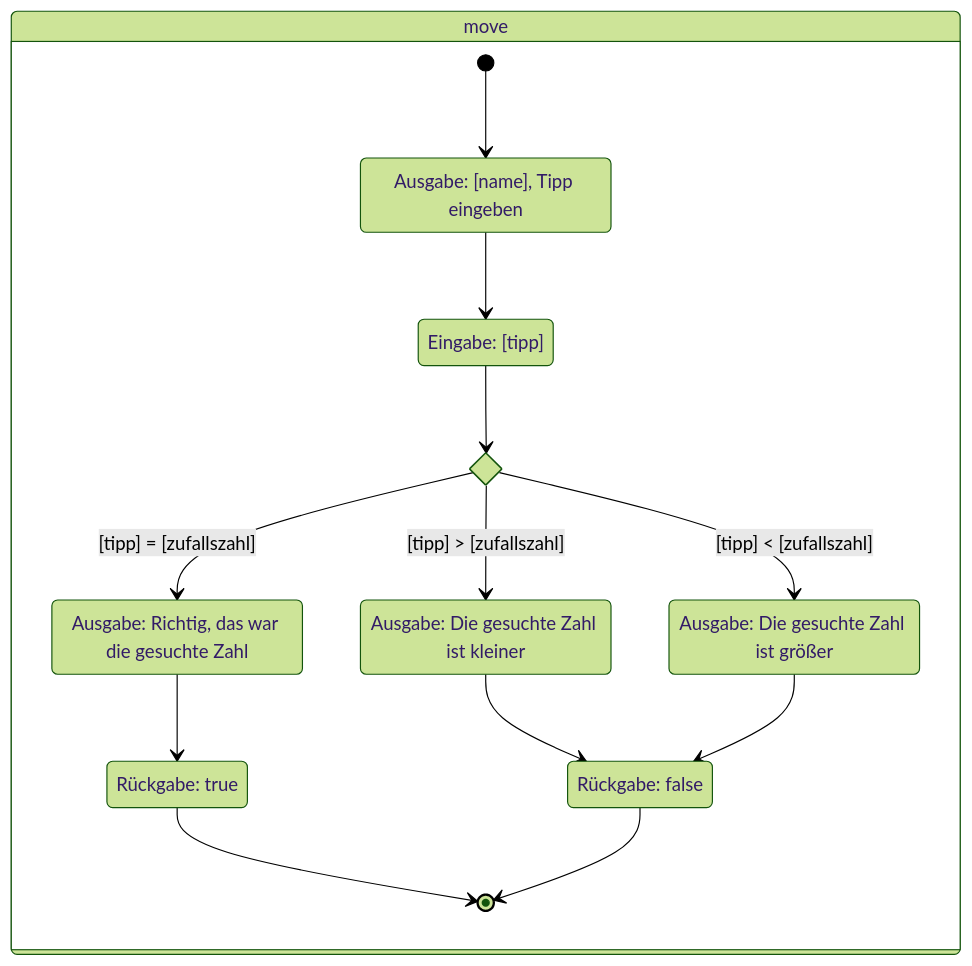
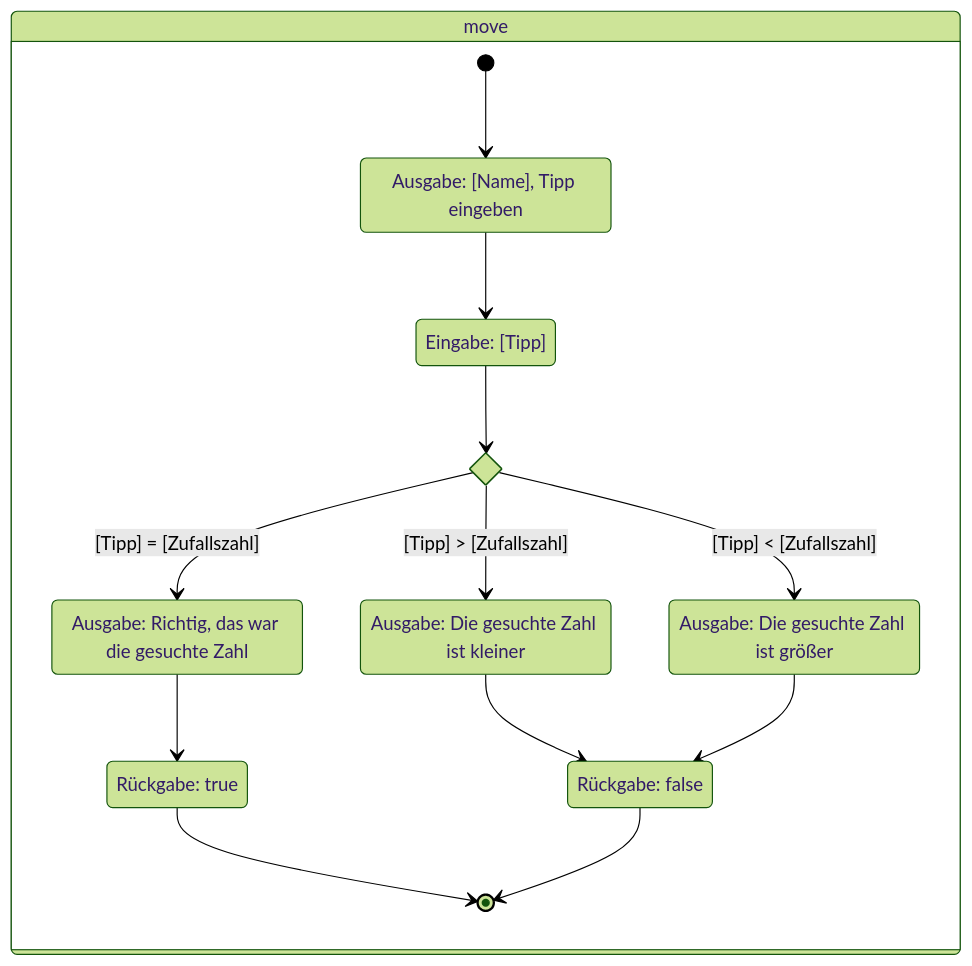
The fourth of 4 diagrams in docs/exercises/uml/activity-diagrams01.md (jappuccini/java-docs), drawn with Mermaid (forest theme) before and after one commit. The commit also changed other lines of this file, not shown here.

````diff
--- a/docs/exercises/uml/activity-diagrams01.md
+++ b/docs/exercises/uml/activity-diagrams01.md
@@ -63,25 +65,25 @@
 ```mermaid
 stateDiagram-v2
-    state "Ausgabe: [name], Tipp eingeben" as state1
-    state "Eingabe: [tipp]" as state2
+    state "Ausgabe: [Name], Tipp eingeben" as state1
+    state "Eingabe: [Tipp]" as state2
     state "Ausgabe: Richtig, das war die gesuchte Zahl" as state3
     state "Rückgabe: true" as state4
     state "Ausgabe: Die gesuchte Zahl ist kleiner" as state5
     state "Ausgabe: Die gesuchte Zahl ist größer" as state6
     state "Rückgabe: false" as state7
     state if <<choice>>
     
     state move {
         [*] --> state1
         state1 --> state2
         state2 --> if
-        if --> state3 : [tipp] = [zufallszahl]
-        if --> state5 : [tipp] > [zufallszahl]
-        if --> state6 : [tipp] < [zufallszahl]
+        if --> state3 : [Tipp] = [Zufallszahl]
+        if --> state5 : [Tipp] > [Zufallszahl]
+        if --> state6 : [Tipp] < [Zufallszahl]
         state3 --> state4
         state4 --> [*]
         state5 --> state7
         state6 --> state7
         state7 --> [*]
     }
 ```
````
